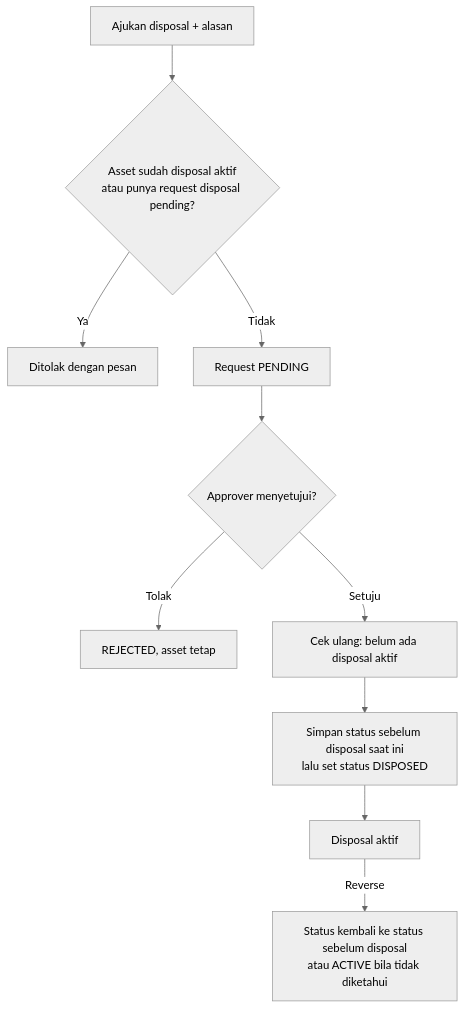
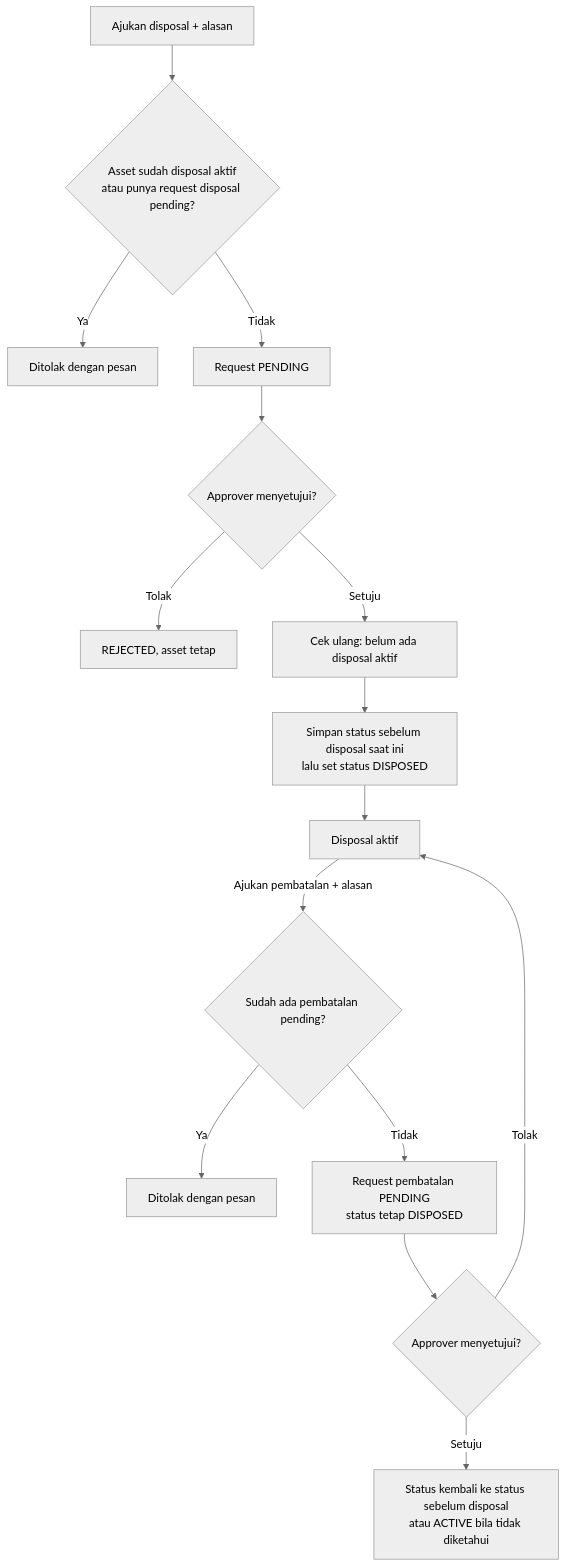
Diagram 13 of 13 in docs/ASSET_MANAGEMENT_BUSINESS_PROCESS.md (dev-ijf/asset-management-system), drawn with Mermaid (neutral theme) before and after one commit. The commit also changed other lines of this file and 13 other files, not shown here.

Commit message:
Dropdown tanpa aset disposed, pembatalan disposal wajib alasan dan approval

````diff
--- a/docs/ASSET_MANAGEMENT_BUSINESS_PROCESS.md
+++ b/docs/ASSET_MANAGEMENT_BUSINESS_PROCESS.md
@@ -206,12 +206,17 @@
 ```mermaid
 flowchart TD
     A[Ajukan disposal + alasan] --> B{Asset sudah disposal aktif<br/>atau punya request disposal pending?}
     B -->|Ya| X[Ditolak dengan pesan]
     B -->|Tidak| C[Request PENDING]
     C --> D{Approver menyetujui?}
     D -->|Tolak| R[REJECTED, asset tetap]
     D -->|Setuju| E[Cek ulang: belum ada disposal aktif]
     E --> F[Simpan status sebelum disposal saat ini<br/>lalu set status DISPOSED]
     F --> G[Disposal aktif]
-    G -->|Reverse| H[Status kembali ke status sebelum disposal<br/>atau ACTIVE bila tidak diketahui]
+    G -->|Ajukan pembatalan + alasan| P{Sudah ada pembatalan pending?}
+    P -->|Ya| X2[Ditolak dengan pesan]
+    P -->|Tidak| Q[Request pembatalan PENDING<br/>status tetap DISPOSED]
+    Q --> S{Approver menyetujui?}
+    S -->|Tolak| G
+    S -->|Setuju| H[Status kembali ke status sebelum disposal<br/>atau ACTIVE bila tidak diketahui]
 ```
````
